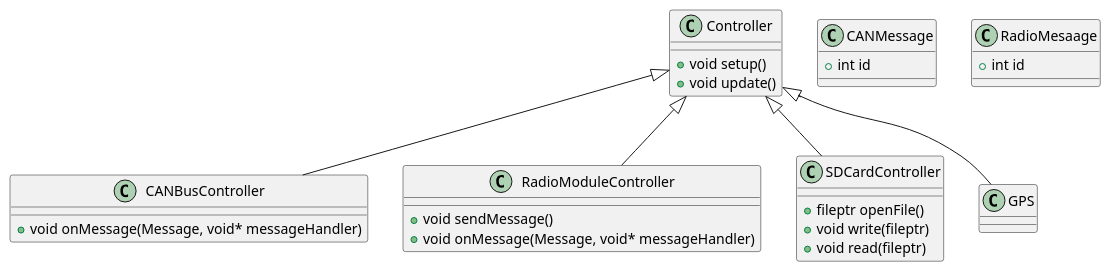
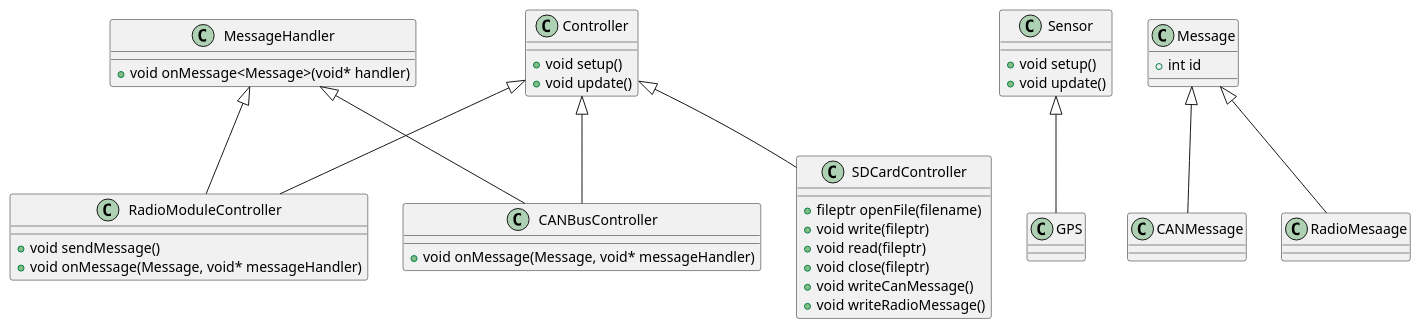
The diagram in docs/classes.iuml (BYU-Baja/telemetry), drawn with PlantUML before and after one commit. The commit also changed 1 other file, not shown here.

```diff
--- a/docs/classes.iuml
+++ b/docs/classes.iuml
@@ -1,37 +1,53 @@
 @startuml Classes
 
 class Controller {
+    + void setup()
+    + void update()
+}
+
+class MessageHandler {
+    + void onMessage<Message>(void* handler)
+}
+
+class Sensor {
     + void setup()
     + void update()
 }
 
 class CANBusController {
     + void onMessage(Message, void* messageHandler)
 }
 
 class RadioModuleController {
     + void sendMessage()
     + void onMessage(Message, void* messageHandler)
 }
 
 class SDCardController {
-    + fileptr openFile()
+    + fileptr openFile(filename)
     + void write(fileptr)
     + void read(fileptr)
+    + void close(fileptr)
+    + void writeCanMessage()
+    + void writeRadioMessage()
 }
 
-class CANMessage {
+class Message {
     + int id
 }
 
-class RadioMesaage {
-    + int id
-}
+class CANMessage {}
 
-Controller <|-- GPS 
+class RadioMesaage {}
+
+Sensor <|-- GPS 
+Message <|-- CANMessage
+Message <|-- RadioMesaage
 Controller <|-- CANBusController
+MessageHandler <|-- CANBusController
 Controller <|-- RadioModuleController
+MessageHandler <|-- RadioModuleController
 Controller <|-- SDCardController
 
 
 @enduml
```
